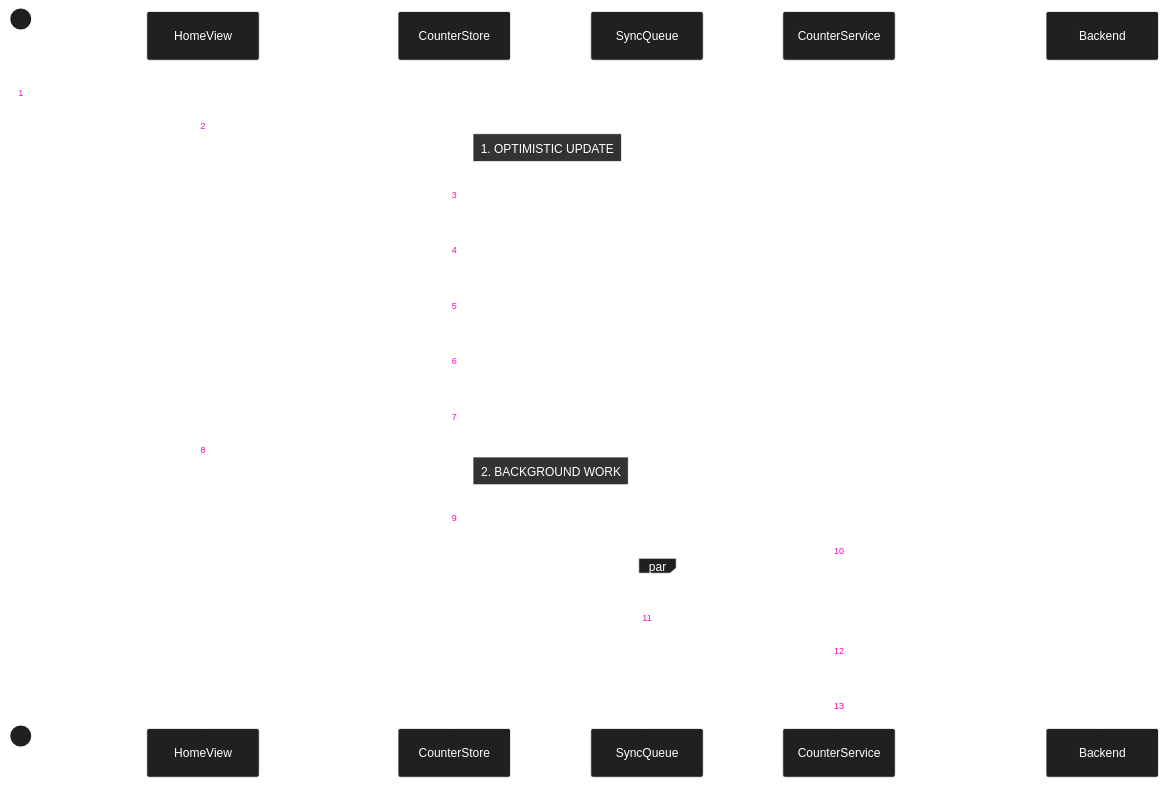
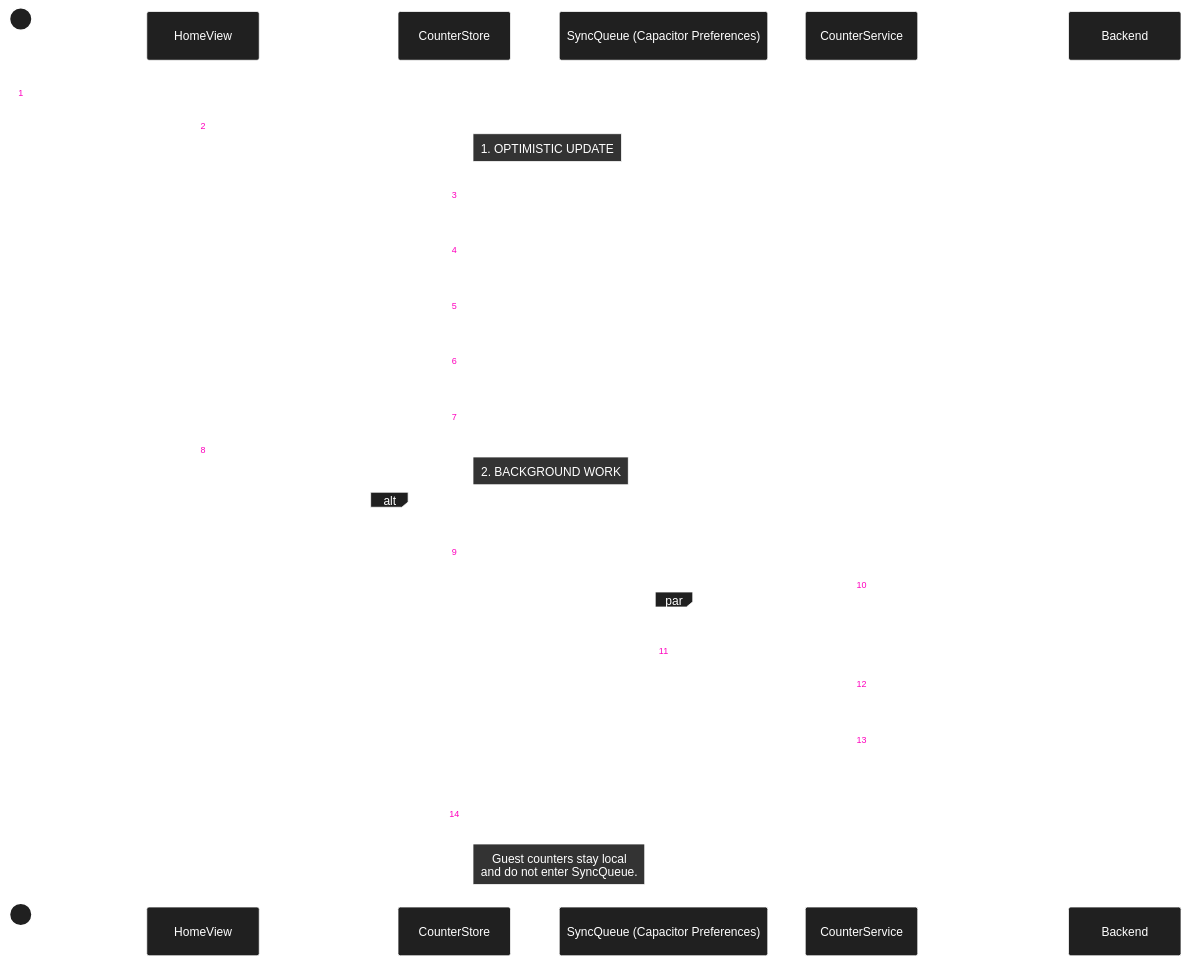
Before and after one commit to michaelgreenl/tally-tracker: the diagram in docs/diagrams/sequence/counter/optimistic-offline-creation.md, drawn with Mermaid. The commit also changed 6 other files, not shown here.

Commit message:
docs: align diagrams with implementation

````diff
--- a/docs/diagrams/sequence/counter/optimistic-offline-creation.md
+++ b/docs/diagrams/sequence/counter/optimistic-offline-creation.md
@@ -3,49 +3,55 @@
 ```mermaid
 %%{
   init: {
     'theme': 'base',
     'themeVariables': {
       'primaryColor': '#202020',
       'primaryTextColor': '#fff',
       'primaryBorderColor': '#ffffff',
       'lineColor': '#00ff41',
       'secondaryColor': '#006100',
       'tertiaryColor': '#fff',
       'noteBkgColor': '#333',
       'noteTextColor': '#fff',
       'noteBorderColor': '#fff'
     }
   }
 }%%
 
 sequenceDiagram
     autonumber
     actor User
     participant View as HomeView
     participant Store as CounterStore
-    participant Queue as SyncQueue
+    participant Queue as SyncQueue (Capacitor Preferences)
     participant Svc as CounterService
     participant API as Backend
 
     User->>View: Click "Create Counter"
     View->>Store: createCounter("My Title", "SHARED")
 
     Note right of Store: 1. OPTIMISTIC UPDATE
     Store->>Store: Generate UUID (crypto.randomUUID)
     Store->>Store: Generate InviteCode (Local)
     Store->>Store: Push to local array
     Store->>Store: saveState() (Persist to Disk)
 
     Store-->>View: Return Success (Instant)
     View-->>User: Show new counter in list
 
     Note right of Store: 2. BACKGROUND WORK
-    Store->>Svc: Service.create(counter)
-    Svc->>Queue: Add "CREATE" Command
 
-    par Async Sync
-        Queue-->>Svc: Command Queued
-        Svc->>Svc: Trigger SyncManager
-        Svc->>API: POST /counters (Payload + InviteCode)
+    alt Authenticated user (!isGuest)
+        Store->>Svc: Service.create(counter)
+        Svc->>Queue: Add "CREATE" Command
+
+        par Async Sync
+            Queue-->>Svc: Command Queued
+            Svc->>Svc: Trigger SyncManager
+            Svc->>API: POST /counters (Payload + InviteCode)
+        end
+    else Guest user
+        Store-->>Store: Skip CounterService.create()
+        Note right of Store: Guest counters stay local<br/>and do not enter SyncQueue.
     end
 ```
````
